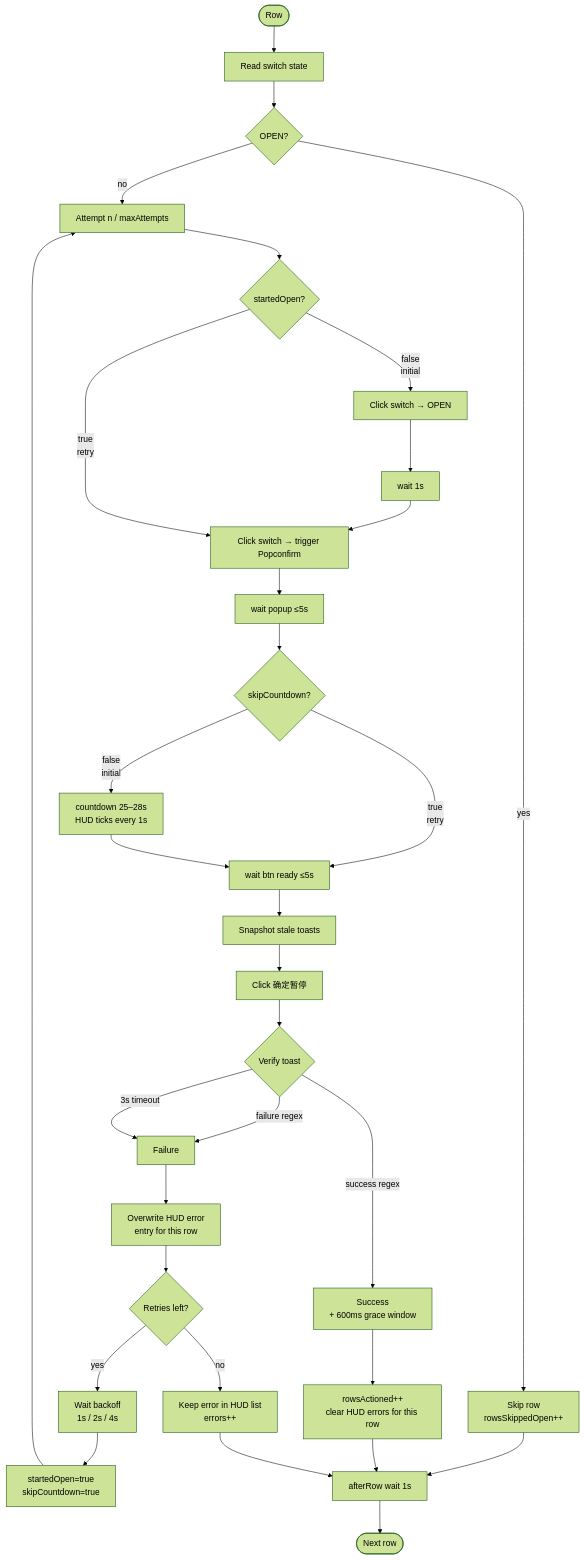
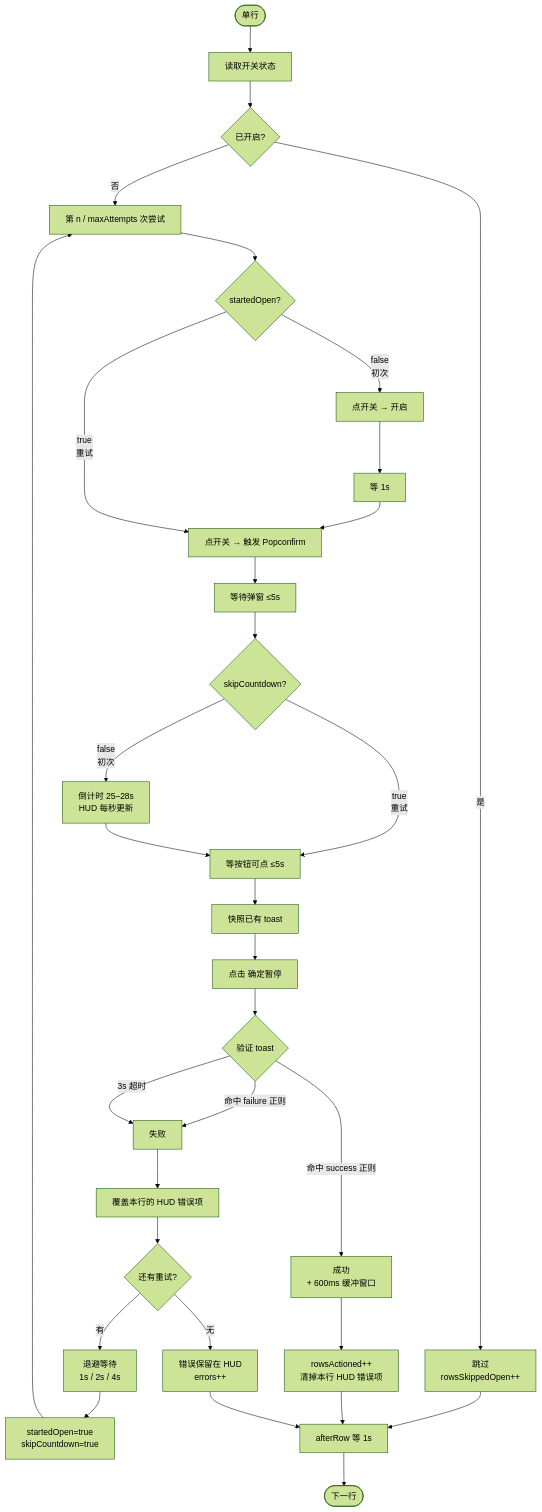
One commit to scstc/page-agent changed the second of 3 diagrams in packages/page-agent/docs/scripted-flow.md. Above: the diagram before and after it, drawn with Mermaid (forest theme). The commit also changed other lines of this file, not shown here.

First line of the commit message:
docs(page-agent): translate scripted-flow doc to Chinese

````diff
--- a/packages/page-agent/docs/scripted-flow.md
+++ b/packages/page-agent/docs/scripted-flow.md
@@ -84,39 +81,39 @@
 ```mermaid
 flowchart TD
-    Start([Row]) --> Read[Read switch state]
-    Read --> IsOpen{OPEN?}
-    IsOpen -- yes --> Skip[Skip row<br/>rowsSkippedOpen++]
-    IsOpen -- no --> AttemptStart[Attempt n / maxAttempts]
+    Start([单行]) --> Read[读取开关状态]
+    Read --> IsOpen{已开启?}
+    IsOpen -- 是 --> Skip[跳过<br/>rowsSkippedOpen++]
+    IsOpen -- 否 --> AttemptStart[第 n / maxAttempts 次尝试]
 
     AttemptStart --> StartedOpen{startedOpen?}
-    StartedOpen -- false<br/>initial --> Click1[Click switch → OPEN]
-    Click1 --> Wait1[wait 1s]
-    Wait1 --> Click2[Click switch → trigger Popconfirm]
-    StartedOpen -- true<br/>retry --> Click2
-    Click2 --> WaitPopup[wait popup ≤5s]
+    StartedOpen -- false<br/>初次 --> Click1[点开关 → 开启]
+    Click1 --> Wait1[等 1s]
+    Wait1 --> Click2[点开关 → 触发 Popconfirm]
+    StartedOpen -- true<br/>重试 --> Click2
+    Click2 --> WaitPopup[等待弹窗 ≤5s]
     WaitPopup --> SkipCD{skipCountdown?}
-    SkipCD -- false<br/>initial --> Countdown[countdown 25–28s<br/>HUD ticks every 1s]
-    SkipCD -- true<br/>retry --> WaitBtn
-    Countdown --> WaitBtn[wait btn ready ≤5s]
-    WaitBtn --> Snapshot[Snapshot stale toasts]
-    Snapshot --> ClickConfirm[Click 确定暂停]
-    ClickConfirm --> Verify{Verify toast}
+    SkipCD -- false<br/>初次 --> Countdown[倒计时 25–28s<br/>HUD 每秒更新]
+    SkipCD -- true<br/>重试 --> WaitBtn
+    Countdown --> WaitBtn[等按钮可点 ≤5s]
+    WaitBtn --> Snapshot[快照已有 toast]
+    Snapshot --> ClickConfirm[点击 确定暂停]
+    ClickConfirm --> Verify{验证 toast}
 
-    Verify -- success regex --> Ok[Success<br/>+ 600ms grace window]
-    Verify -- failure regex --> Failed[Failure]
-    Verify -- 3s timeout --> Failed
+    Verify -- 命中 success 正则 --> Ok[成功<br/>+ 600ms 缓冲窗口]
+    Verify -- 命中 failure 正则 --> Failed[失败]
+    Verify -- 3s 超时 --> Failed
 
-    Ok --> Succeeded[rowsActioned++<br/>clear HUD errors for this row]
-    Failed --> UpdateHUD[Overwrite HUD error<br/>entry for this row]
-    UpdateHUD --> RetriesLeft{Retries left?}
+    Ok --> Succeeded[rowsActioned++<br/>清掉本行 HUD 错误项]
+    Failed --> UpdateHUD[覆盖本行的 HUD 错误项]
+    UpdateHUD --> RetriesLeft{还有重试?}
 
-    RetriesLeft -- yes --> Backoff[Wait backoff<br/>1s / 2s / 4s]
+    RetriesLeft -- 有 --> Backoff[退避等待<br/>1s / 2s / 4s]
     Backoff --> Reset[startedOpen=true<br/>skipCountdown=true]
     Reset --> AttemptStart
-    RetriesLeft -- no --> Final[Keep error in HUD list<br/>errors++]
+    RetriesLeft -- 无 --> Final[错误保留在 HUD<br/>errors++]
 
-    Skip --> AfterRow[afterRow wait 1s]
+    Skip --> AfterRow[afterRow 等 1s]
     Succeeded --> AfterRow
     Final --> AfterRow
-    AfterRow --> End([Next row])
+    AfterRow --> End([下一行])
 ```
````
